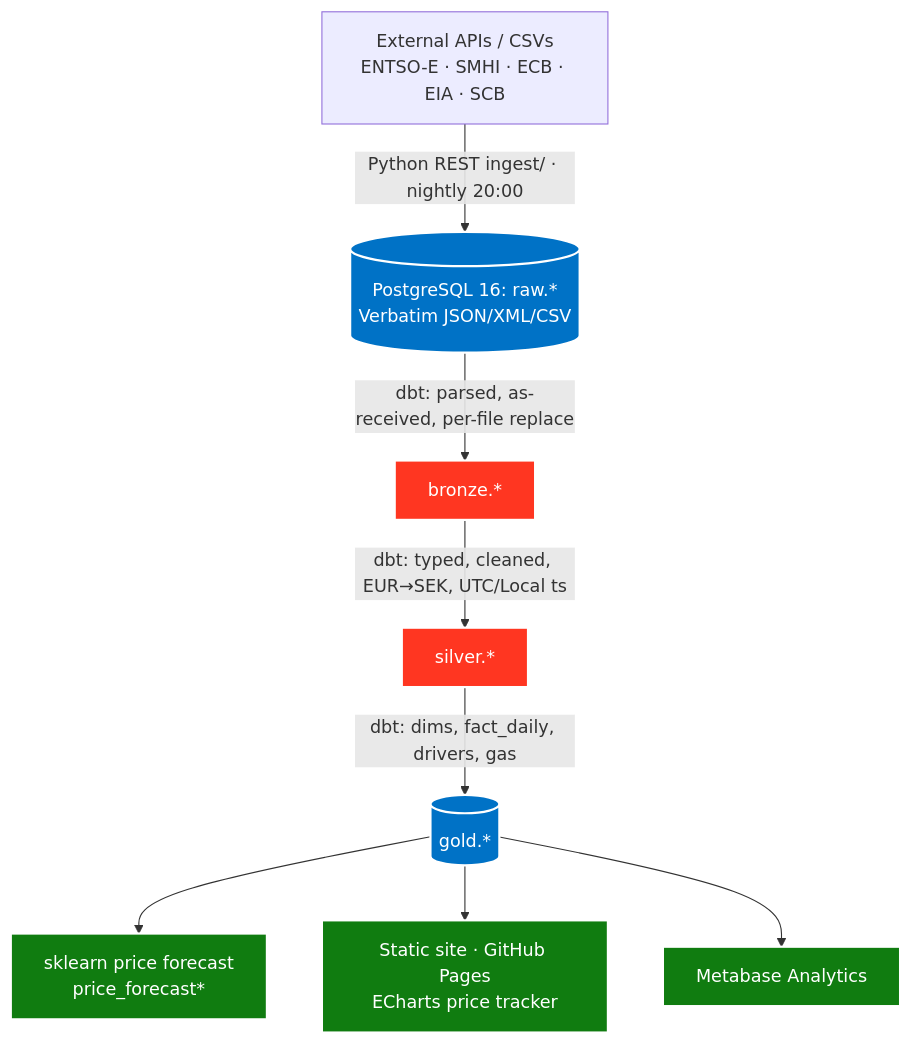
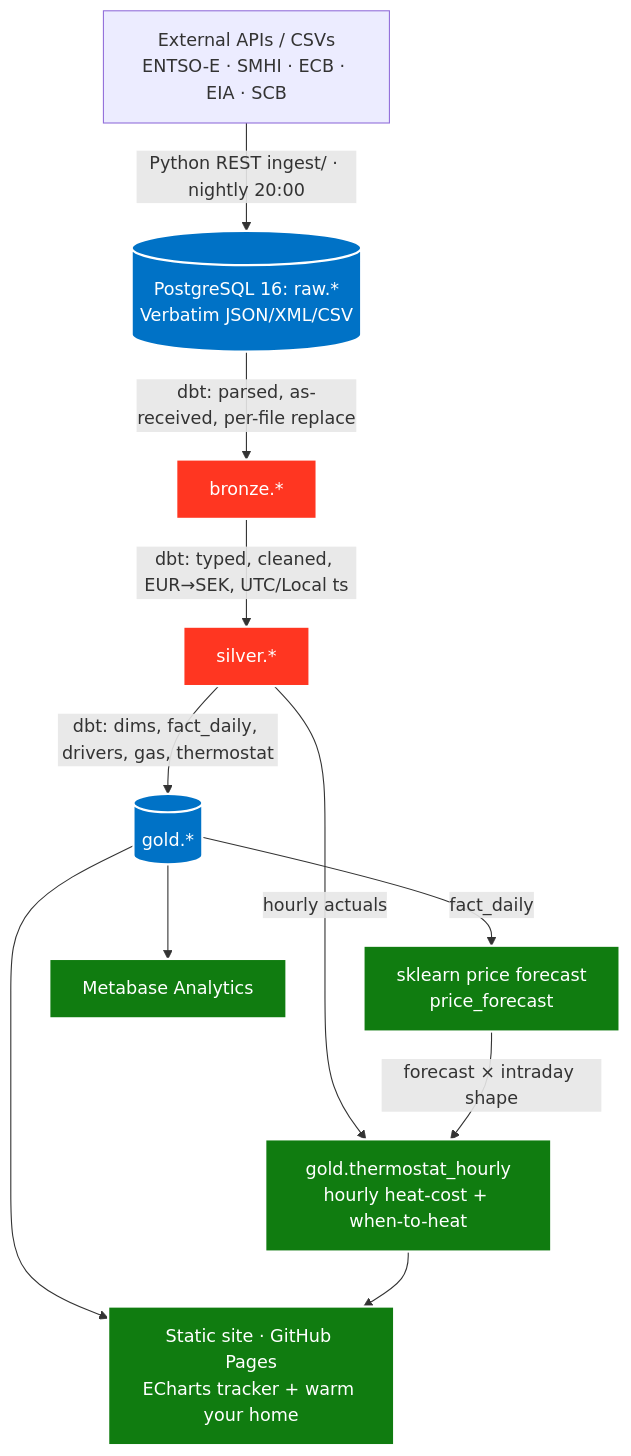
The diagram in README.md (mlinggar/swedish-el-oss), drawn with Mermaid before and after one commit. The commit also changed other lines of this file and 1 other file, not shown here.

Commit message:
docs: architecture with hourly thermostat cost model; feat(warm) heat-cheap + expensive-day alert + monthly cost

````diff
--- a/README.md
+++ b/README.md
@@ -9,17 +9,17 @@
 ```mermaid
 graph TD
 classDef storage fill:#0072C6,stroke:#fff,stroke-width:2px,color:#fff;
 classDef compute fill:#FF3621,stroke:#fff,stroke-width:2px,color:#fff;
 classDef product fill:#107C10,stroke:#fff,stroke-width:2px,color:#fff;
 
 A[External APIs / CSVs<br/>ENTSO-E · SMHI · ECB · EIA · SCB] -->|Python REST ingest/ · nightly 20:00| B
 B[(PostgreSQL 16: raw.*<br/>Verbatim JSON/XML/CSV)]:::storage -->|dbt: parsed, as-received, per-file replace| C
 C[bronze.*]:::compute -->|dbt: typed, cleaned, EUR→SEK, UTC/Local ts| D
-D[silver.*]:::compute -->|dbt: dims, fact_daily, drivers, gas| E
-E[(gold.*)]:::storage --> F
-E --> G
-E --> H
-F[sklearn price forecast<br/>price_forecast*]:::product
-G[Static site · GitHub Pages<br/>ECharts price tracker]:::product
-H[Metabase Analytics]:::product
+D[silver.*]:::compute -->|dbt: dims, fact_daily, drivers, gas, thermostat| E
+E[(gold.*)]:::storage -->|fact_daily| F[sklearn price forecast<br/>price_forecast]:::product
+D -->|hourly actuals| I[gold.thermostat_hourly<br/>hourly heat-cost + when-to-heat]:::product
+F -->|forecast × intraday shape| I
+E --> G[Static site · GitHub Pages<br/>ECharts tracker + warm your home]:::product
+I --> G
+E --> H[Metabase Analytics]:::product
 ```
````
